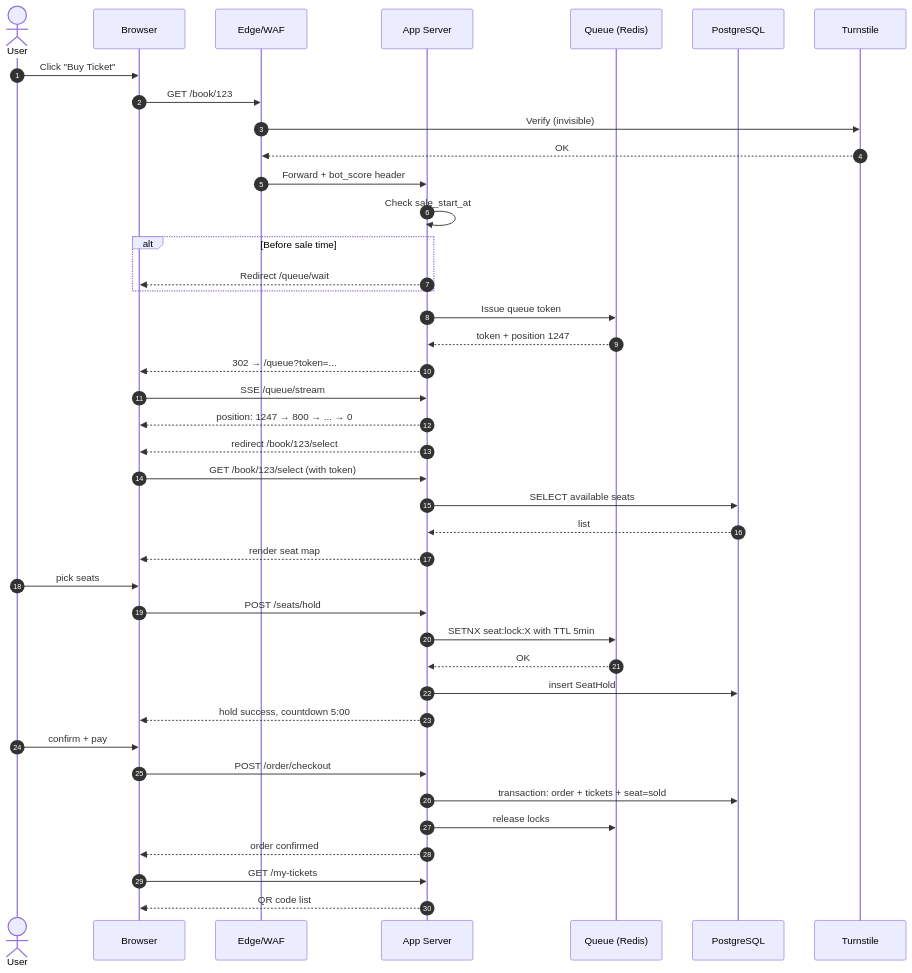
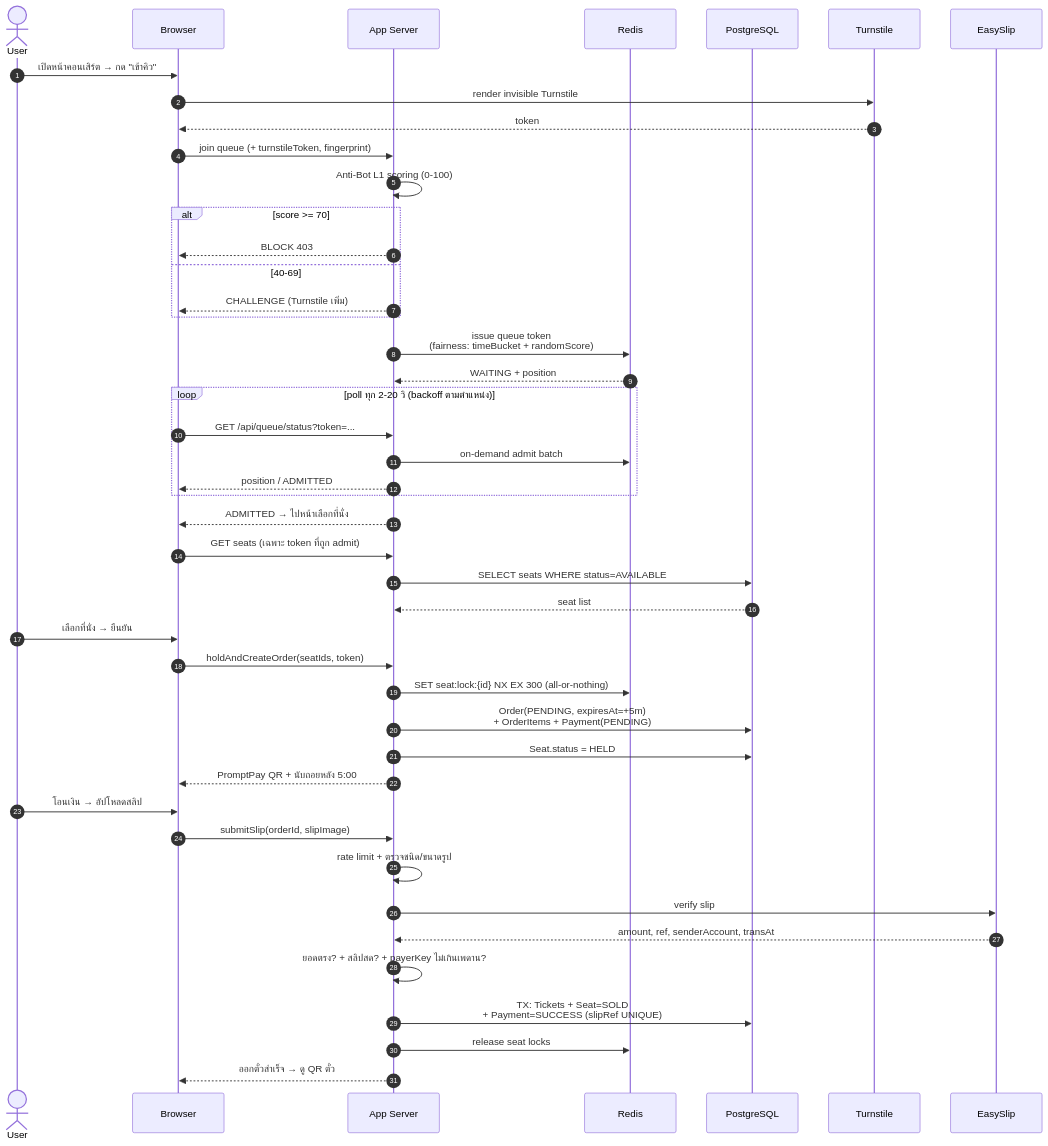
The third of 11 diagrams in docs/05_DIAGRAMS.md (jakapobrs-oss/concert-antibot), drawn with Mermaid before and after one commit. The commit also changed other lines of this file and 6 other files, not shown here.

First line of the commit message:
docs: sync diagrams กับ schema จริง + เพิ่ม ER exports

````diff
--- a/docs/05_DIAGRAMS.md
+++ b/docs/05_DIAGRAMS.md
@@ -95,44 +98,48 @@
 ```mermaid
 sequenceDiagram
     autonumber
     actor U as User
     participant B as Browser
-    participant E as Edge/WAF
     participant A as App Server
-    participant Q as Queue (Redis)
+    participant R as Redis
     participant DB as PostgreSQL
-    participant T as Turnstile
+    participant TS as Turnstile
+    participant ES as EasySlip
 
-    U->>B: Click "Buy Ticket"
-    B->>E: GET /book/123
-    E->>T: Verify (invisible)
-    T-->>E: OK
-    E->>A: Forward + bot_score header
-    A->>A: Check sale_start_at
-    alt Before sale time
-        A-->>B: Redirect /queue/wait
+    U->>B: เปิดหน้าคอนเสิร์ต → กด "เข้าคิว"
+    B->>TS: render invisible Turnstile
+    TS-->>B: token
+    B->>A: join queue (+ turnstileToken, fingerprint)
+    A->>A: Anti-Bot L1 scoring (0-100)
+    alt score >= 70
+        A-->>B: BLOCK 403
+    else 40-69
+        A-->>B: CHALLENGE (Turnstile เพิ่ม)
     end
-    A->>Q: Issue queue token
-    Q-->>A: token + position 1247
-    A-->>B: 302 → /queue?token=...
-    B->>A: SSE /queue/stream
-    A-->>B: position: 1247 → 800 → ... → 0
-    A-->>B: redirect /book/123/select
-    B->>A: GET /book/123/select (with token)
-    A->>DB: SELECT available seats
-    DB-->>A: list
-    A-->>B: render seat map
-    U->>B: pick seats
-    B->>A: POST /seats/hold
-    A->>Q: SETNX seat:lock:X with TTL 5min
-    Q-->>A: OK
-    A->>DB: insert SeatHold
-    A-->>B: hold success, countdown 5:00
-    U->>B: confirm + pay
-    B->>A: POST /order/checkout
-    A->>DB: transaction: order + tickets + seat=sold
-    A->>Q: release locks
-    A-->>B: order confirmed
-    B->>A: GET /my-tickets
-    A-->>B: QR code list
+    A->>R: issue queue token<br/>(fairness: timeBucket + randomScore)
+    R-->>A: WAITING + position
+    loop poll ทุก 2-20 วิ (backoff ตามตำแหน่ง)
+        B->>A: GET /api/queue/status?token=...
+        A->>R: on-demand admit batch
+        A-->>B: position / ADMITTED
+    end
+    A-->>B: ADMITTED → ไปหน้าเลือกที่นั่ง
+    B->>A: GET seats (เฉพาะ token ที่ถูก admit)
+    A->>DB: SELECT seats WHERE status=AVAILABLE
+    DB-->>A: seat list
+    U->>B: เลือกที่นั่ง → ยืนยัน
+    B->>A: holdAndCreateOrder(seatIds, token)
+    A->>R: SET seat:lock:{id} NX EX 300 (all-or-nothing)
+    A->>DB: Order(PENDING, expiresAt=+5m)<br/>+ OrderItems + Payment(PENDING)
+    A->>DB: Seat.status = HELD
+    A-->>B: PromptPay QR + นับถอยหลัง 5:00
+    U->>B: โอนเงิน → อัปโหลดสลิป
+    B->>A: submitSlip(orderId, slipImage)
+    A->>A: rate limit + ตรวจชนิด/ขนาดรูป
+    A->>ES: verify slip
+    ES-->>A: amount, ref, senderAccount, transAt
+    A->>A: ยอดตรง? + สลิปสด? + payerKey ไม่เกินเพดาน?
+    A->>DB: TX: Tickets + Seat=SOLD<br/>+ Payment=SUCCESS (slipRef UNIQUE)
+    A->>R: release seat locks
+    A-->>B: ออกตั๋วสำเร็จ → ดู QR ตั๋ว
 ```
````
